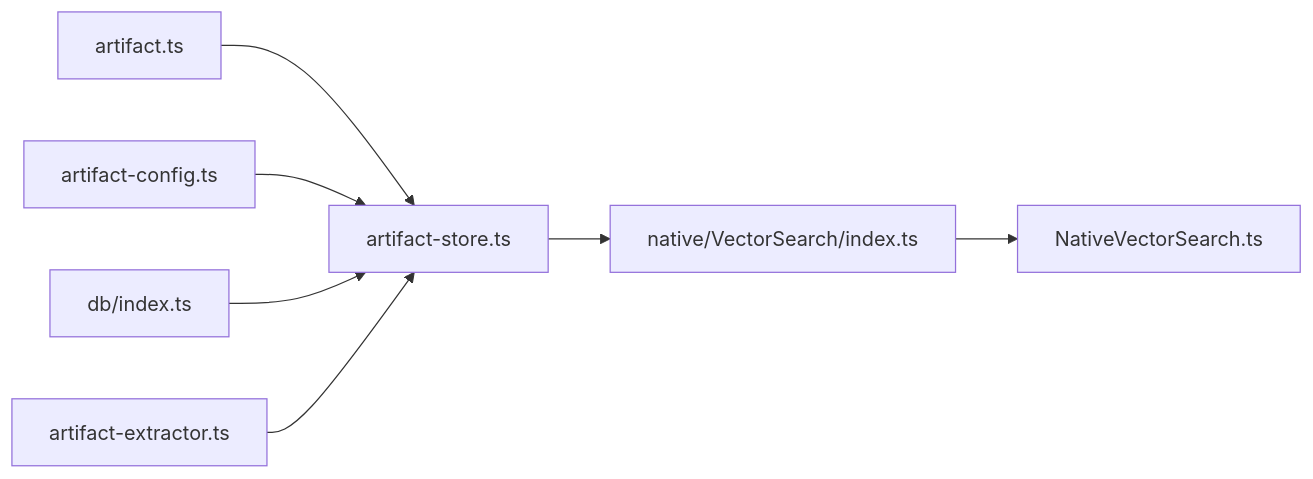
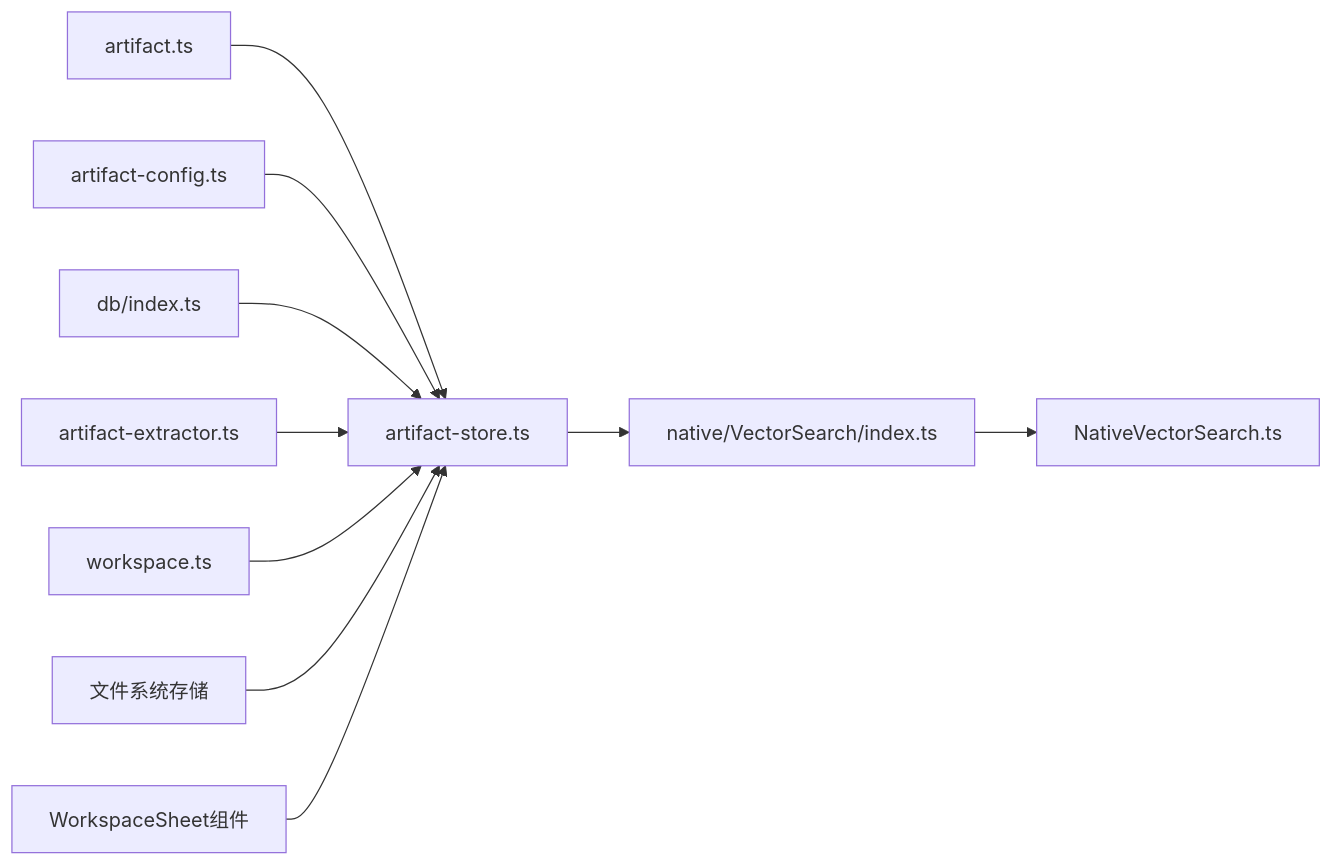
One commit to NarcisWL/Nexara changed the ninth of 9 diagrams in .qoder/repowiki/zh/content/状态管理/工件状态管理.md. Above: the diagram before and after it, drawn with Mermaid. The commit also changed other lines of this file and 43 other files, not shown here.

Commit message:
feat(rag): implement KG JIT Micro-Graph pipeline and consolidate documentation

````diff
--- a/.qoder/repowiki/zh/content/状态管理/工件状态管理.md
+++ b/.qoder/repowiki/zh/content/状态管理/工件状态管理.md
@@ -278,9 +336,12 @@
 ```mermaid
 graph LR
 Types["artifact.ts"] --> Store["artifact-store.ts"]
 Config["artifact-config.ts"] --> Store
 DB["db/index.ts"] --> Store
 Extractor["artifact-extractor.ts"] --> Store
+Workspace["workspace.ts"] --> Store
+FS["文件系统存储"] --> Store
+UI["WorkspaceSheet组件"] --> Store
 Store --> Vector["native/VectorSearch/index.ts"]
 Vector --> Native["NativeVectorSearch.ts"]
 ```
````
